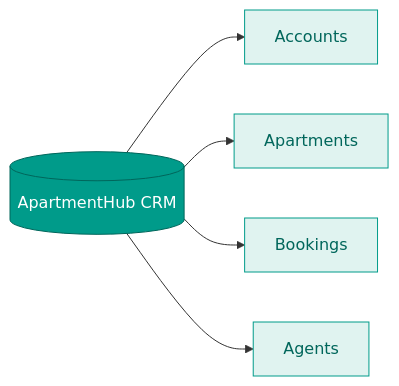
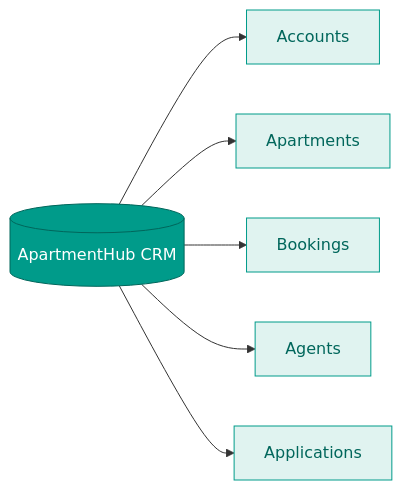
Before and after one commit to ApartmentHub03/ApartmentHub: the second of 8 diagrams in docs/ApartmentHub-CRM.md, drawn with Mermaid. The commit also changed other lines of this file, not shown here.

First line of the commit message:
docs: add Applications section (5 sections total)

````diff
--- a/docs/ApartmentHub-CRM.md
+++ b/docs/ApartmentHub-CRM.md
@@ -40,12 +40,14 @@
 ```mermaid
 flowchart LR
     CRM[(ApartmentHub CRM)] --> A[Accounts]
     CRM --> B[Apartments]
     CRM --> C[Bookings]
     CRM --> D[Agents]
+    CRM --> E[Applications]
     style CRM fill:#009B8A,stroke:#00665b,color:#fff
     style A fill:#e0f3f0,stroke:#009B8A,color:#00665b
     style B fill:#e0f3f0,stroke:#009B8A,color:#00665b
     style C fill:#e0f3f0,stroke:#009B8A,color:#00665b
     style D fill:#e0f3f0,stroke:#009B8A,color:#00665b
+    style E fill:#e0f3f0,stroke:#009B8A,color:#00665b
 ```
````
